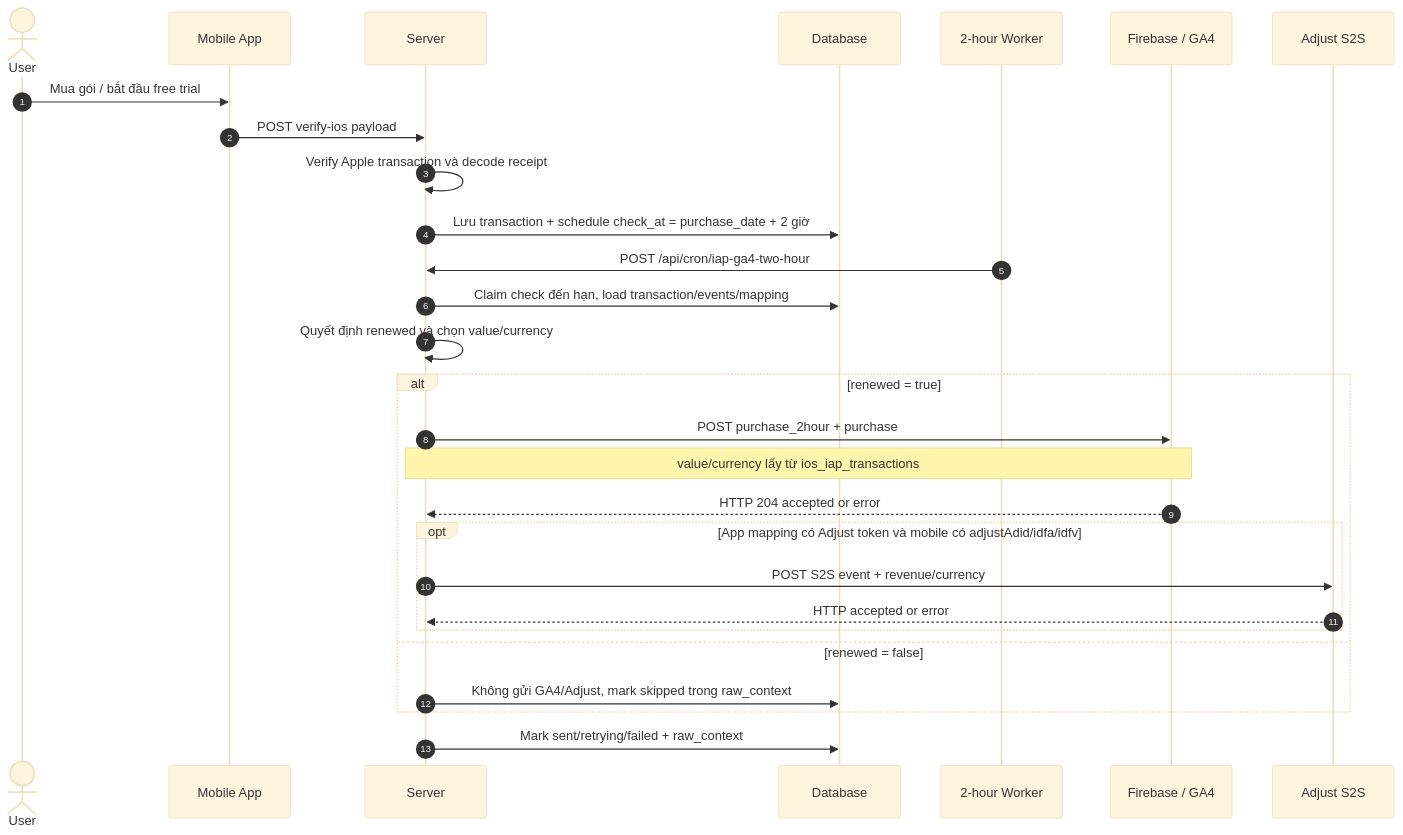
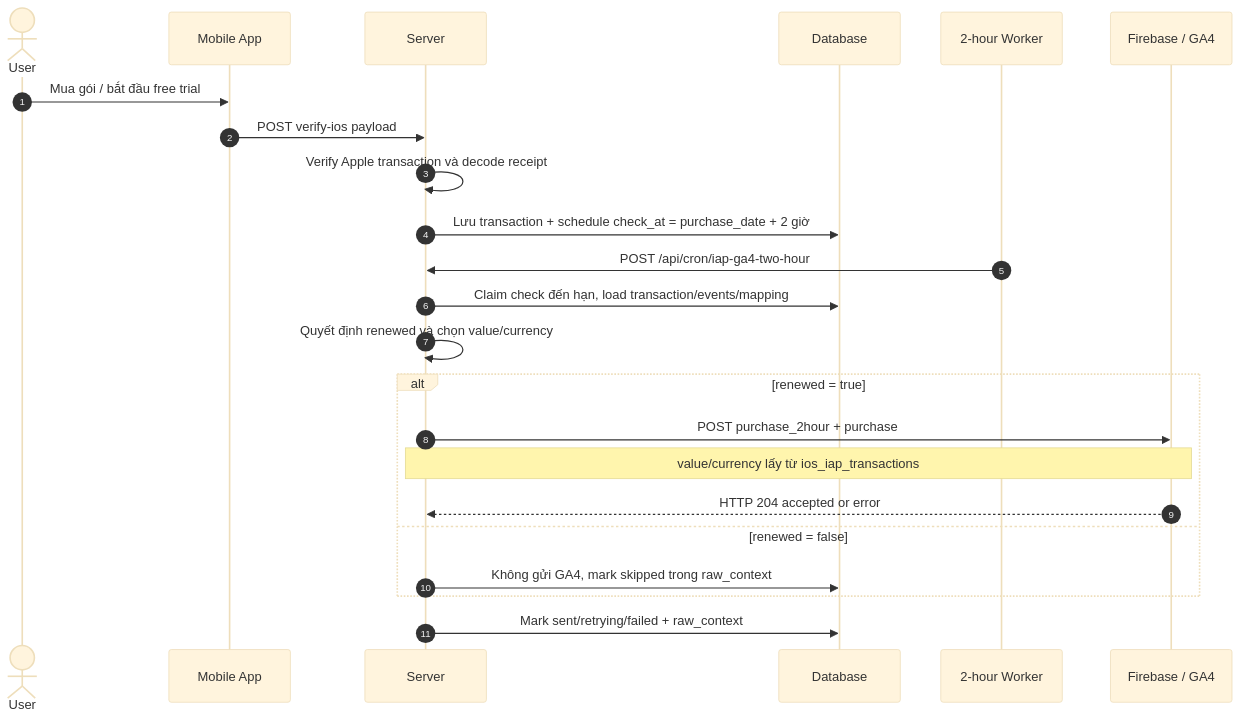
Diagram 15 of 19 in docs/feature-sequence-flows.md (Limgrow-Server/System-tracking-Fox-Limgrow), drawn with Mermaid (base theme) before and after one commit. The commit also changed 76 other files, not shown here.

````diff
--- a/docs/feature-sequence-flows.md
+++ b/docs/feature-sequence-flows.md
@@ -472,31 +472,26 @@
 ```mermaid
 sequenceDiagram
   autonumber
   actor User as User
   participant Mobile as Mobile App
   participant Server as Server
   participant DB as Database
   participant Worker as 2-hour Worker
   participant Firebase as Firebase / GA4
-  participant Adjust as Adjust S2S
 
   User->>Mobile: Mua gói / bắt đầu free trial
   Mobile->>Server: POST verify-ios payload
   Server->>Server: Verify Apple transaction và decode receipt
   Server->>DB: Lưu transaction + schedule check_at = purchase_date + 2 giờ
   Worker->>Server: POST /api/cron/iap-ga4-two-hour
   Server->>DB: Claim check đến hạn, load transaction/events/mapping
   Server->>Server: Quyết định renewed và chọn value/currency
   alt renewed = true
     Server->>Firebase: POST purchase_2hour + purchase
     Note over Server,Firebase: value/currency lấy từ ios_iap_transactions
     Firebase-->>Server: HTTP 204 accepted or error
-    opt App mapping có Adjust token và mobile có adjustAdid/idfa/idfv
-      Server->>Adjust: POST S2S event + revenue/currency
-      Adjust-->>Server: HTTP accepted or error
-    end
   else renewed = false
-    Server->>DB: Không gửi GA4/Adjust, mark skipped trong raw_context
+    Server->>DB: Không gửi GA4, mark skipped trong raw_context
   end
   Server->>DB: Mark sent/retrying/failed + raw_context
 ```
````
